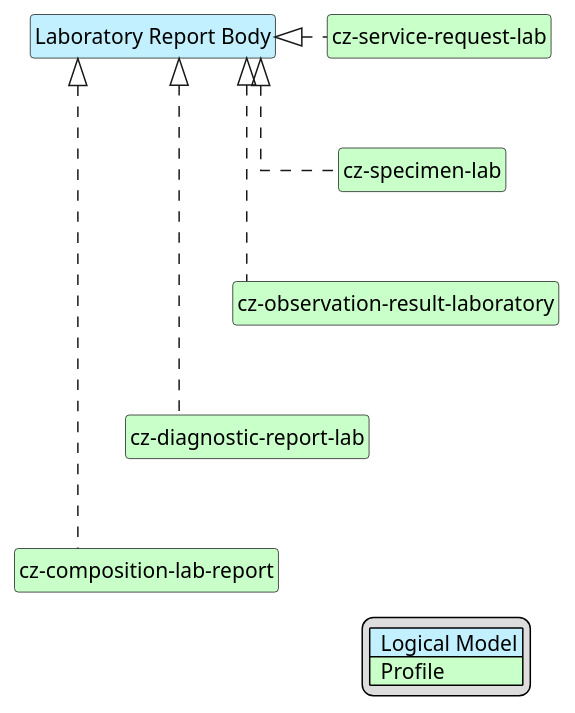
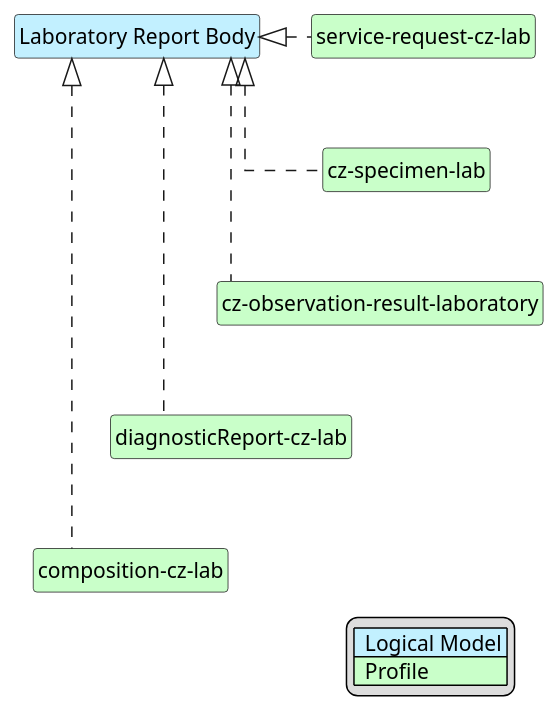
The diagram in input/images-source/labReportBody-map-en.plantuml (HL7-cz/cz-lab), drawn with PlantUML before and after one commit. The commit also changed 3 other files, not shown here.

```diff
--- a/input/images-source/labReportBody-map-en.plantuml
+++ b/input/images-source/labReportBody-map-en.plantuml
@@ -1,33 +1,33 @@
 @startuml labReportBody-map-en
 hide circle
 hide stereotype
 hide members
 hide methods
 skinparam linetype ortho
 skinparam class {
 BackgroundColor<<LogicalModel>> #APPLICATION
 BackgroundColor<<Profile>> #TECHNOLOGY
 }
 legend right
 | <#APPLICATION>  Logical Model |
 | <#TECHNOLOGY>  Profile |
 endlegend
 class "Laboratory Report Body" <<LogicalModel>> [[StructureDefinition-LabReportCz.html]]
 
-class "cz-service-request-lab" <<Profile>> [[StructureDefinition-cz-service-request-lab.html]]
+class "service-request-cz-lab" <<Profile>> [[StructureDefinition-service-request-cz-lab.html]]
 class "cz-specimen-lab" <<Profile>> [[StructureDefinition-cz-specimen-lab.html]]
-class "cz-observation-result-laboratory" <<Profile>> [[StructureDefinition-cz-observation-result-laboratory.html]]
-class "cz-diagnostic-report-lab" <<Profile>> [[StructureDefinition-cz-diagnostic-report-lab.html]]
-class "cz-composition-lab-report" <<Profile>> [[StructureDefinition-cz-composition-lab-report.html]]
+class "cz-observation-result-laboratory" <<Profile>> [[StructureDefinition-observation-resultlab-cz-lab.html]]
+class "diagnosticReport-cz-lab" <<Profile>> [[StructureDefinition-diagnosticReport-cz-lab.html]]
+class "composition-cz-lab" <<Profile>> [[StructureDefinition-composition-cz-lab.html]]
 
-"Laboratory Report Body" <|. "cz-service-request-lab"
+"Laboratory Report Body" <|. "service-request-cz-lab"
 "Laboratory Report Body" <|. "cz-specimen-lab"
 "Laboratory Report Body" <|. "cz-observation-result-laboratory"
-"Laboratory Report Body" <|. "cz-diagnostic-report-lab"
-"Laboratory Report Body" <|. "cz-composition-lab-report"
+"Laboratory Report Body" <|. "diagnosticReport-cz-lab"
+"Laboratory Report Body" <|. "composition-cz-lab"
 
-"cz-service-request-lab" -d[hidden]-> "cz-specimen-lab"
+"service-request-cz-lab" -d[hidden]-> "cz-specimen-lab"
 "cz-specimen-lab" -d[hidden]-> "cz-observation-result-laboratory"
-"cz-observation-result-laboratory" -d[hidden]-> "cz-diagnostic-report-lab"
-"cz-diagnostic-report-lab" -d[hidden]-> "cz-composition-lab-report"
+"cz-observation-result-laboratory" -d[hidden]-> "diagnosticReport-cz-lab"
+"diagnosticReport-cz-lab" -d[hidden]-> "composition-cz-lab"
 @enduml
```
